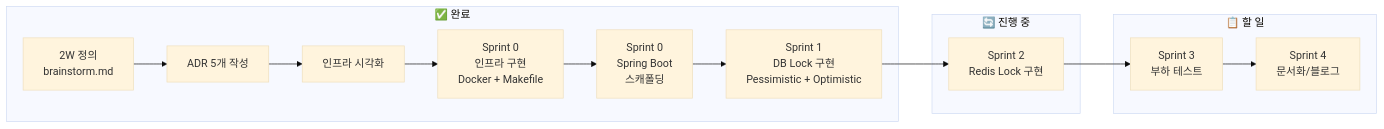
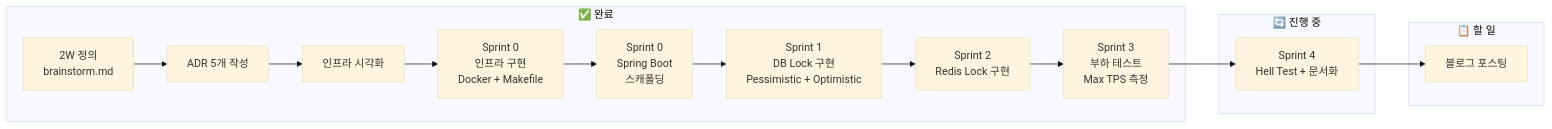
Before and after one commit to JuJin1324/concurrency-control-poc: the second of 2 diagrams in how-diagram.md, drawn with Mermaid (base theme). The commit also changed other lines of this file, not shown here.

First line of the commit message:
docs(plan): update meta diagram for Sprint 4 Hell Test

````diff
--- a/how-diagram.md
+++ b/how-diagram.md
@@ -62,29 +62,31 @@
 ```mermaid
 flowchart LR
     subgraph Done["✅ 완료"]
         D1[2W 정의<br/>brainstorm.md]
         D2[ADR 5개 작성]
         D3[인프라 시각화]
         D4[Sprint 0<br/>인프라 구현<br/>Docker + Makefile]
         D5[Sprint 0<br/>Spring Boot<br/>스캐폴딩]
         D6[Sprint 1<br/>DB Lock 구현<br/>Pessimistic + Optimistic]
+        D7[Sprint 2<br/>Redis Lock 구현]
+        D8[Sprint 3<br/>부하 테스트<br/>Max TPS 측정]
     end
 
     subgraph InProgress["🔄 진행 중"]
-        T3[Sprint 2<br/>Redis Lock 구현]
+        T5[Sprint 4<br/>Hell Test + 문서화]
     end
 
     subgraph Todo["📋 할 일"]
-        T4[Sprint 3<br/>부하 테스트]
-        T5[Sprint 4<br/>문서화/블로그]
+        T6[블로그 포스팅]
     end
 
     D1 --> D2
     D2 --> D3
     D3 --> D4
     D4 --> D5
     D5 --> D6
-    D6 --> T3
-    T3 --> T4
-    T4 --> T5
+    D6 --> D7
+    D7 --> D8
+    D8 --> T5
+    T5 --> T6
 ```
````
